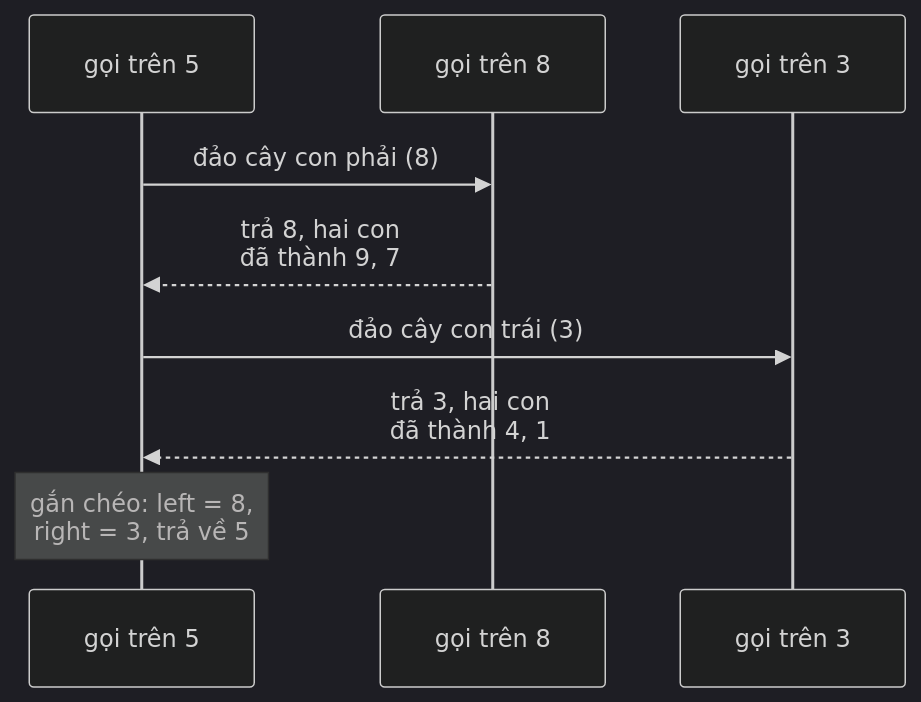
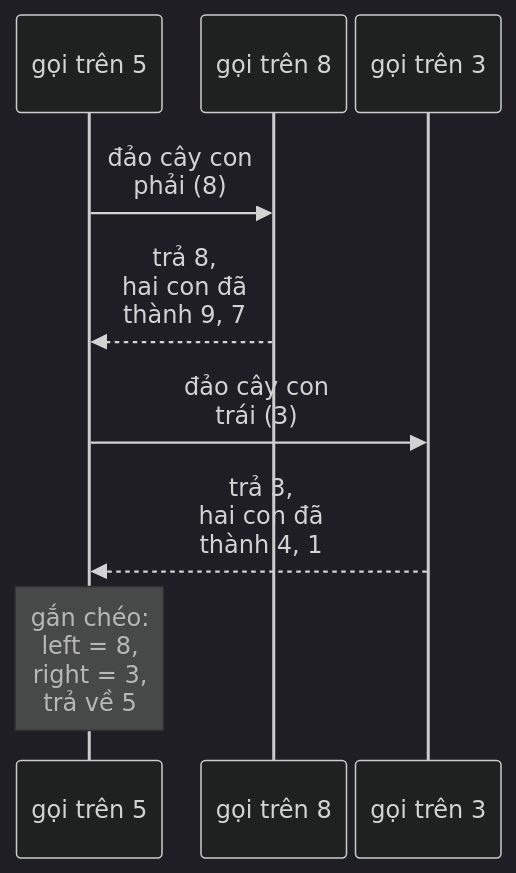
Before and after one commit to duongbui234/software-engineering-atlas: the second of 2 diagrams in content/problems/invert-binary-tree.md, drawn with Mermaid (dark theme). The commit also changed 134 other files, not shown here.

First line of the commit message:
Fit every Mermaid diagram at 390px without sideways scroll (#56)

````diff
--- a/content/problems/invert-binary-tree.md
+++ b/content/problems/invert-binary-tree.md
@@ -118,11 +118,12 @@
 ```mermaid
+  %%{init: {"sequence": {"width": 60, "actorMargin": 6, "diagramMarginX": 4}}}%%
 sequenceDiagram
   participant G as gọi trên 5
   participant P as gọi trên 8
   participant T as gọi trên 3
-  G->>P: đảo cây con phải (8)
-  P-->>G: trả 8, hai con<br/>đã thành 9, 7
-  G->>T: đảo cây con trái (3)
-  T-->>G: trả 3, hai con<br/>đã thành 4, 1
-  Note over G: gắn chéo: left = 8,<br/>right = 3, trả về 5
+  G->>P: đảo cây con<br/>phải (8)
+  P-->>G: trả 8,<br/>hai con đã<br/>thành 9, 7
+  G->>T: đảo cây con<br/>trái (3)
+  T-->>G: trả 3,<br/>hai con đã<br/>thành 4, 1
+  Note over G: gắn chéo:<br/>left = 8,<br/>right = 3,<br/>trả về 5
 ```
````
